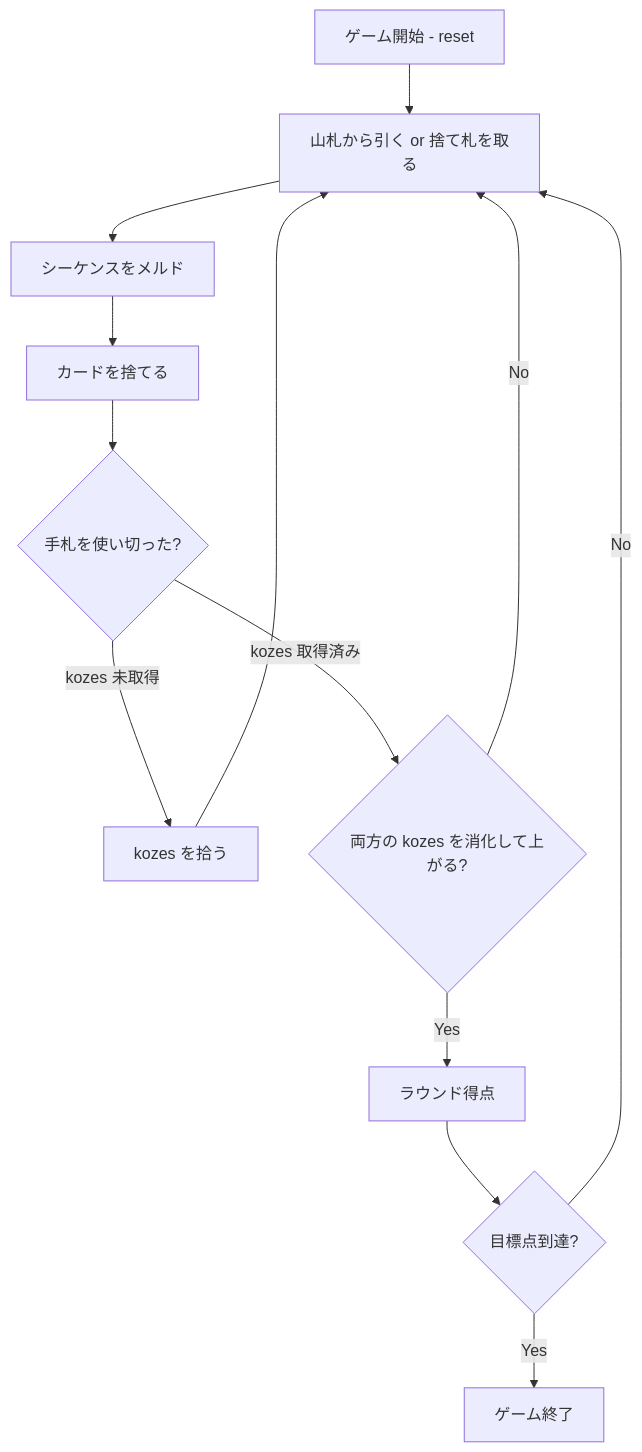
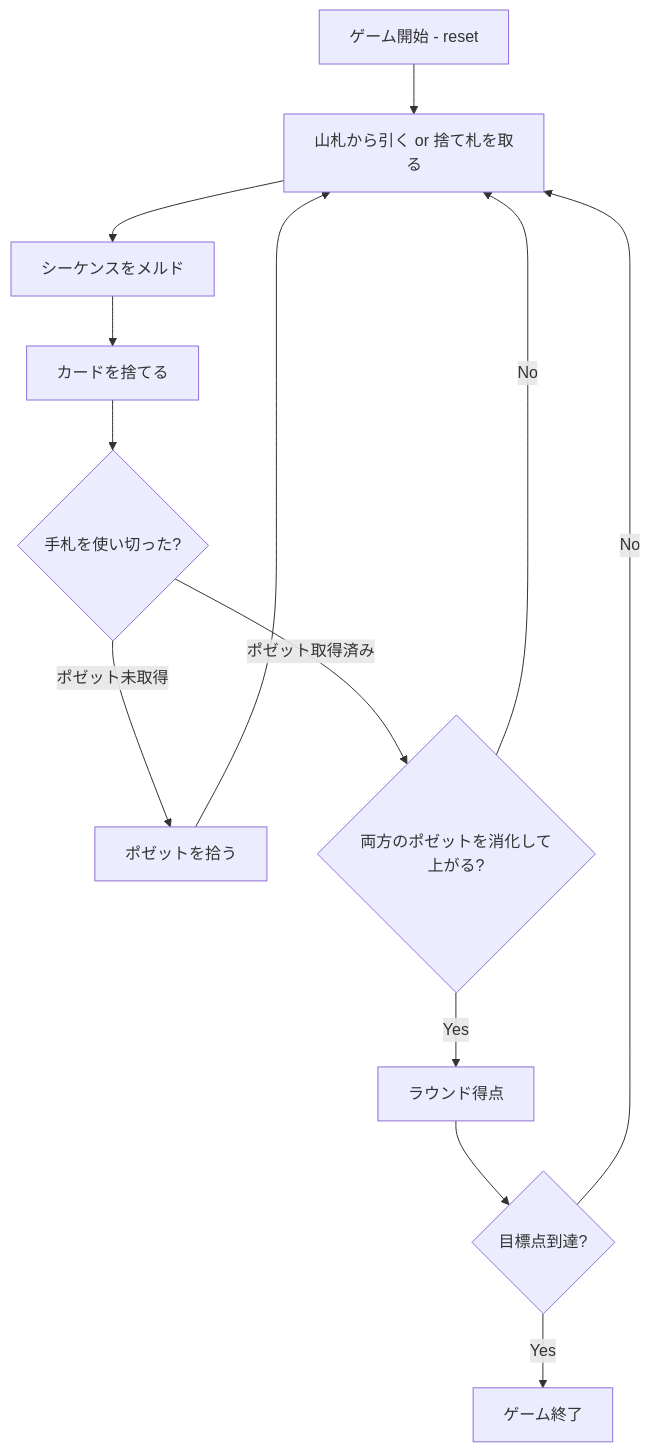
One commit to yuta-yoshinaga/go_trumpcards changed the diagram in docs/manual/cui/biriba.md. Above: the diagram before and after it, drawn with Mermaid. The commit also changed other lines of this file and 5 other files, not shown here.

````diff
--- a/docs/manual/cui/biriba.md
+++ b/docs/manual/cui/biriba.md
@@ -30,15 +30,15 @@
 ```mermaid
 flowchart TD
     A[ゲーム開始 - reset] --> B[山札から引く or 捨て札を取る]
     B --> C[シーケンスをメルド]
     C --> D[カードを捨てる]
     D --> E{手札を使い切った?}
-    E -->|kozes 未取得| F[kozes を拾う]
+    E -->|ポゼット未取得| F[ポゼットを拾う]
     F --> B
-    E -->|kozes 取得済み| G{両方の kozes を消化して上がる?}
+    E -->|ポゼット取得済み| G{両方のポゼットを消化して上がる?}
     G -->|No| B
     G -->|Yes| H[ラウンド得点]
     H --> I{目標点到達?}
     I -->|No| B
     I -->|Yes| J[ゲーム終了]
 ```
````
